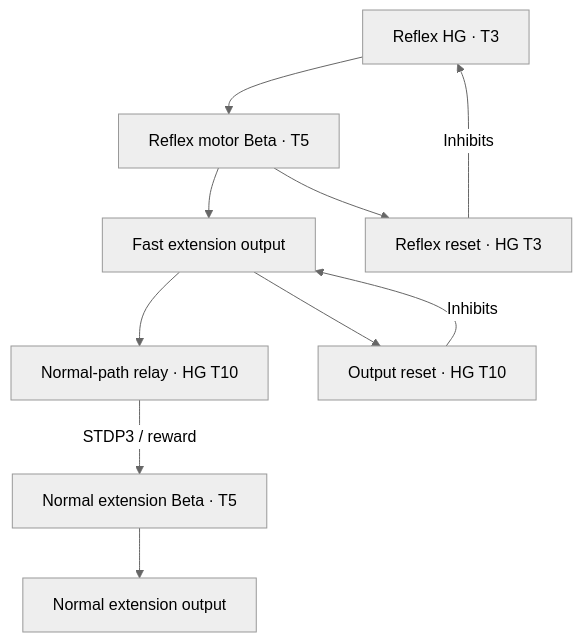
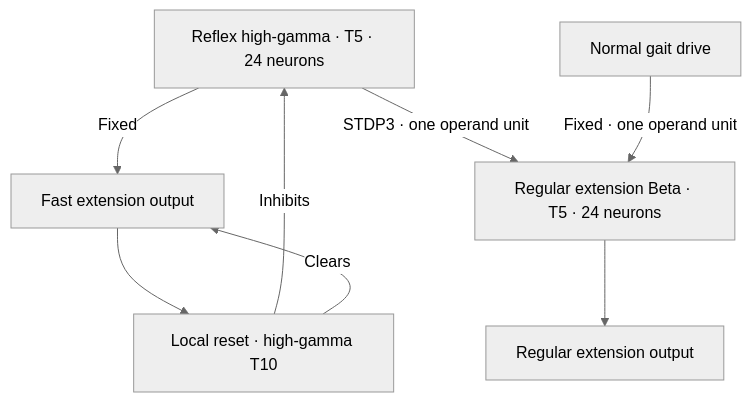
One commit to artificial-brains-inc/primalux-quadruped-walk-neural-loop changed the diagram in docs/REFLEX.md. Above: the diagram before and after it, drawn with Mermaid (neutral theme). The commit also changed other lines of this file and 20 other files, not shown here.

First line of the commit message:
Drive reflex outputs and regular Betas directly from high-gamma T5

````diff
--- a/docs/REFLEX.md
+++ b/docs/REFLEX.md
@@ -8,12 +6,10 @@
 ```mermaid
 flowchart TD
-  H["Reflex HG · T3"] --> B["Reflex motor Beta · T5"]
-  B --> F["Fast extension output"]
-  F --> R["Normal-path relay · HG T10"]
-  R -- "STDP3 / reward" --> N["Normal extension Beta · T5"]
-  N --> O["Normal extension output"]
-  F --> C["Output reset · HG T10"]
-  C -- Inhibits --> F
-  B --> Q["Reflex reset · HG T3"]
-  Q -- Inhibits --> H
+  H["Reflex high-gamma · T5 · 24 neurons"] -->|Fixed| F["Fast extension output"]
+  H -->|STDP3 · one operand unit| B["Regular extension Beta · T5 · 24 neurons"]
+  G["Normal gait drive"] -->|Fixed · one operand unit| B
+  B --> O["Regular extension output"]
+  F --> R["Local reset · high-gamma T10"]
+  R -->|Inhibits| H
+  R -->|Clears| F
 ```
````
